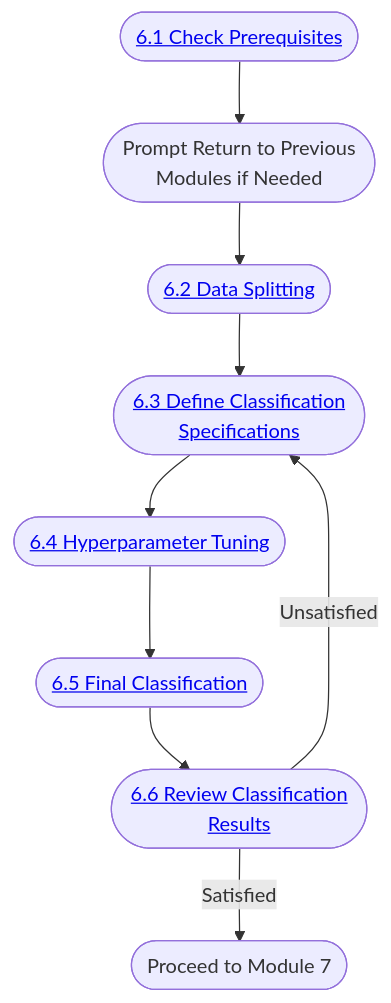
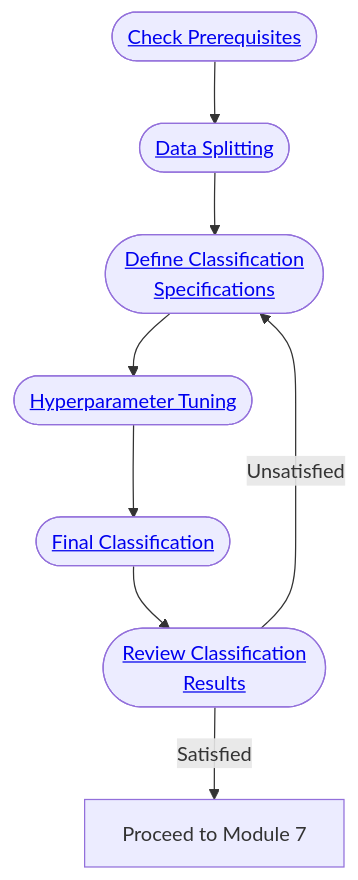
One commit to epistem-io/luma-dr changed the diagram in module06.qmd. Above: the diagram before and after it, drawn with Mermaid. The commit also changed other lines of this file and 3 other files, not shown here.

Commit message:
standardize mermaid chart

````diff
--- a/module06.qmd
+++ b/module06.qmd
@@ -36,21 +36,19 @@
 ```{mermaid}
 flowchart TD
-    A([<a href='#sec-checking-prerequisites'>6.1 Check Prerequisites</a>])
-    B([Prompt Return to Previous<br>Modules if Needed])
-    C([<a href='#sec-data-splitting'>6.2 Data Splitting</a>])
-    D([<a href='#sec-define-classification-specifications'>6.3 Define Classification<br>Specifications</a>])
-    E([<a href='#sec-hyperparameter-tuning'>6.4 Hyperparameter Tuning</a>])
-    F([<a href='#sec-final-classification'>6.5 Final Classification</a>])
-    G([<a href='#sec-review-classification-results'>6.6 Review Classification<br>Results</a>])
-    H([Proceed to Module 7])
+    A([<a href='#sec-checking-prerequisites'>Check Prerequisites</a>])
+    C([<a href='#sec-data-splitting'>Data Splitting</a>])
+    D([<a href='#sec-define-classification-specifications'>Define Classification<br>Specifications</a>])
+    E([<a href='#sec-hyperparameter-tuning'>Hyperparameter Tuning</a>])
+    F([<a href='#sec-final-classification'>Final Classification</a>])
+    G([<a href='#sec-review-classification-results'>Review Classification<br>Results</a>])
+    H[Proceed to Module 7]
 
-    A --> B
-    B --> C
+    A --> C
     C --> D
     D --> E
     E --> F
     F --> G
     G -->|Satisfied| H
     G -->|Unsatisfied| D
 
 ```
````
